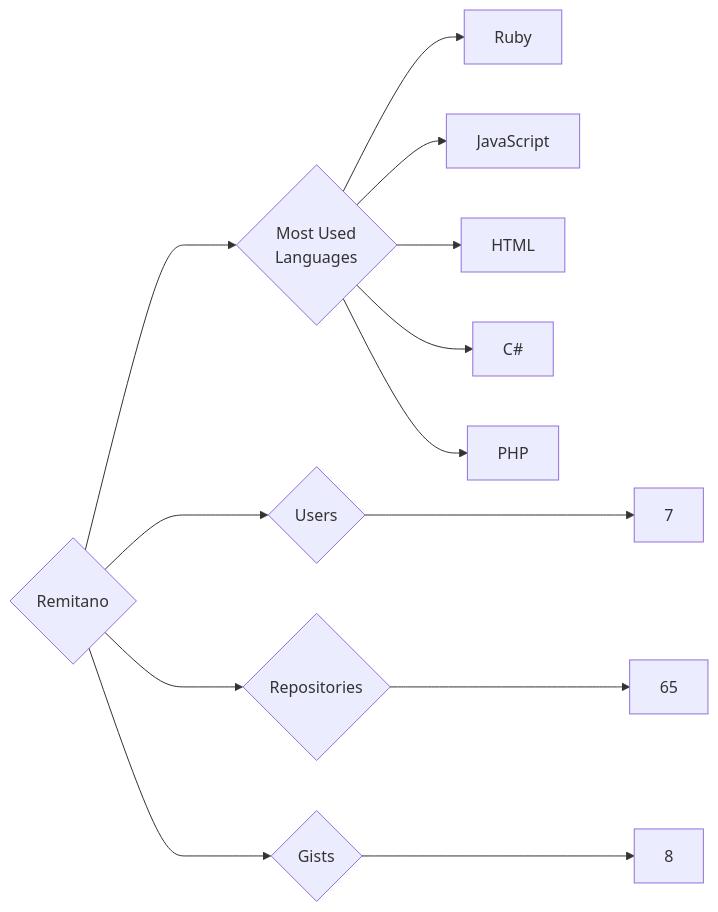
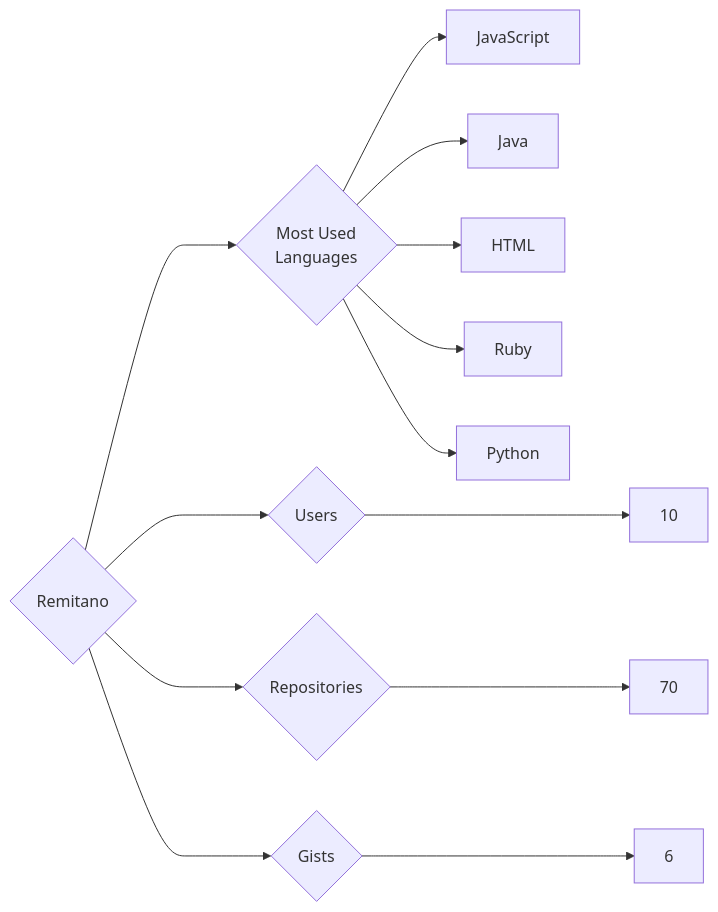
Before and after one commit to trickest/insiders: the diagram in targets/Remitano/README.md, drawn with Mermaid. The commit also changed 928 other files, not shown here.

````diff
--- a/targets/Remitano/README.md
+++ b/targets/Remitano/README.md
@@ -3,13 +3,13 @@
 ```mermaid
 graph LR
 COMPANY_NAME{Remitano}
-COMPANY_NAME ---> U{Users} ---> UN[7]
-COMPANY_NAME ---> R{Repositories} ---> RN[65]
-COMPANY_NAME ---> G{Gists} ---> GN[8]
+COMPANY_NAME ---> U{Users} ---> UN[10]
+COMPANY_NAME ---> R{Repositories} ---> RN[70]
+COMPANY_NAME ---> G{Gists} ---> GN[6]
 COMPANY_NAME ---> ML{Most Used<br>Languages}
+ML --> JavaScript[JavaScript]
+ML --> Java[Java]
+ML --> HTML[HTML]
 ML --> Ruby[Ruby]
-ML --> JavaScript[JavaScript]
-ML --> HTML[HTML]
-ML --> C#[C#]
-ML --> PHP[PHP]
+ML --> Python[Python]
 ```
````
